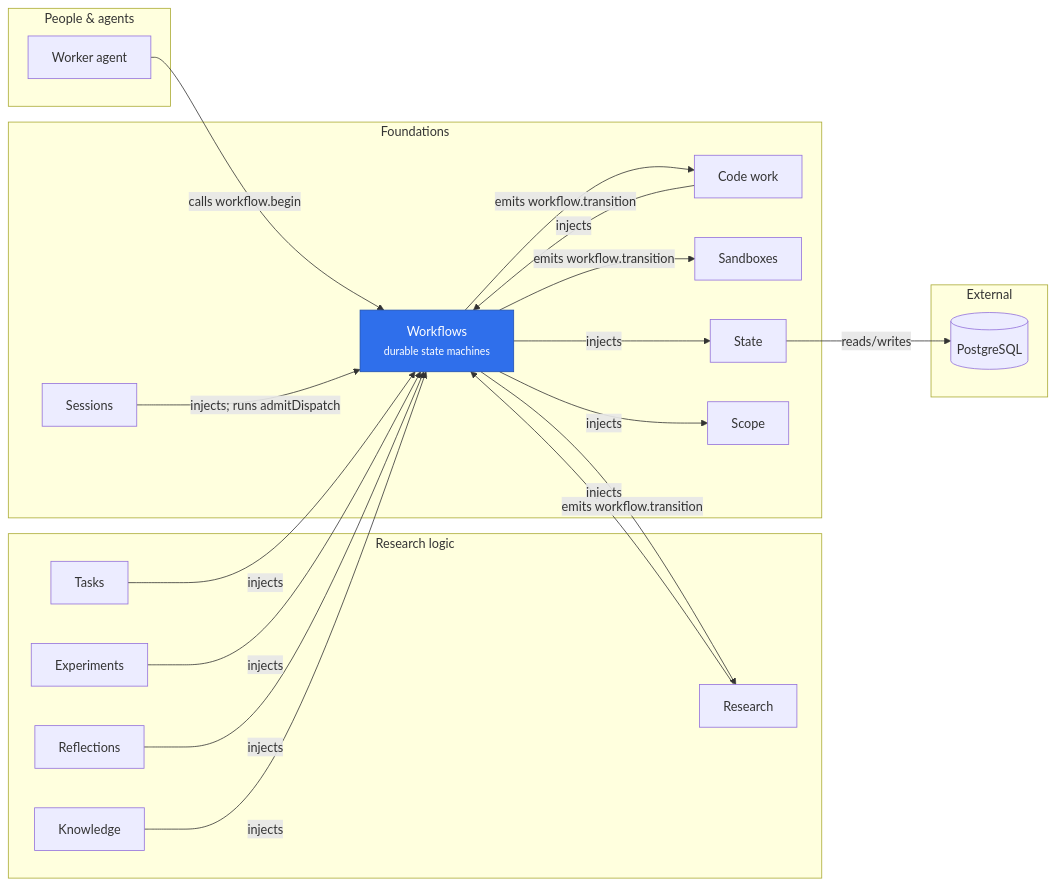
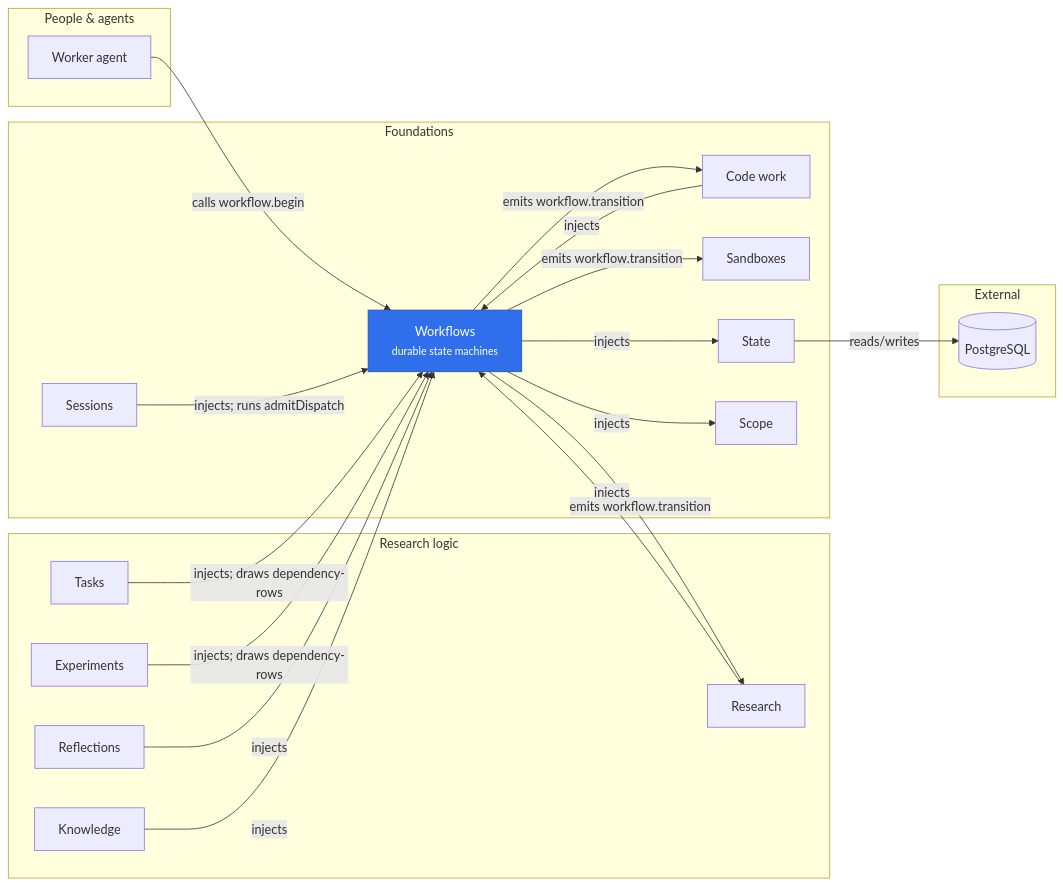
Before and after one commit to rapidreview-io/Merv: the diagram in merv-typescript/packages/workflows/README.md, drawn with Mermaid. The commit also changed 22 other files, not shown here.

First line of the commit message:
Give Workflows its dependency rows and Artifacts its batch reads

````diff
--- a/merv-typescript/packages/workflows/README.md
+++ b/merv-typescript/packages/workflows/README.md
@@ -8,40 +8,40 @@
 ```mermaid
 flowchart LR
   subgraph peopleLayer["People & agents"]
     workerAgent["Worker agent"]
   end
   subgraph researchLayer["Research logic"]
     tasks["Tasks"]
     experiments["Experiments"]
     reflections["Reflections"]
     research["Research"]
     knowledge["Knowledge"]
   end
   subgraph foundationsLayer["Foundations"]
     workflows["Workflows<br/><small>durable state machines</small>"]
     sessions["Sessions"]
     codeWork["Code work"]
     sandboxes["Sandboxes"]
     state["State"]
     scope["Scope"]
   end
   subgraph externalLayer["External"]
     postgres[("PostgreSQL")]
   end
   workerAgent -- "calls workflow.begin" --> workflows
-  tasks -- "injects" --> workflows
-  experiments -- "injects" --> workflows
+  tasks -- "injects; draws dependency-rows" --> workflows
+  experiments -- "injects; draws dependency-rows" --> workflows
   reflections -- "injects" --> workflows
   research -- "injects" --> workflows
   knowledge -- "injects" --> workflows
   sessions -- "injects; runs admitDispatch" --> workflows
   codeWork -- "injects" --> workflows
   workflows -- "emits workflow.transition" --> sandboxes
   workflows -- "emits workflow.transition" --> codeWork
   workflows -- "emits workflow.transition" --> research
   workflows -- "injects" --> state
   workflows -- "injects" --> scope
   state -- "reads/writes" --> postgres
   classDef self fill:#2f6feb,color:#fff,stroke:#1f4fb0
   class workflows self
 ```
````
